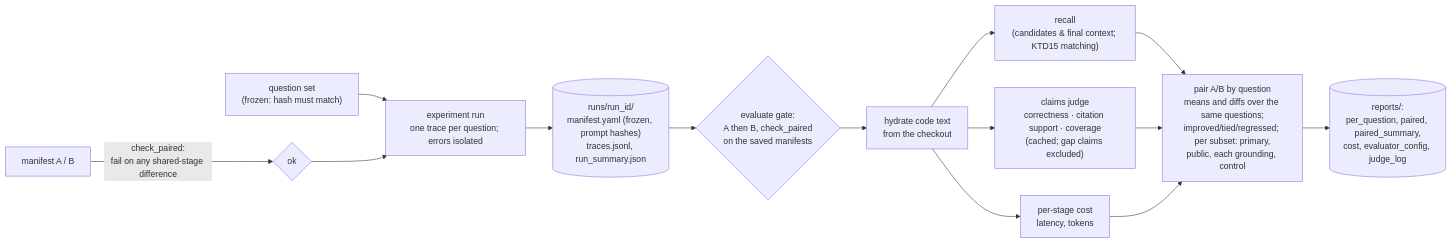
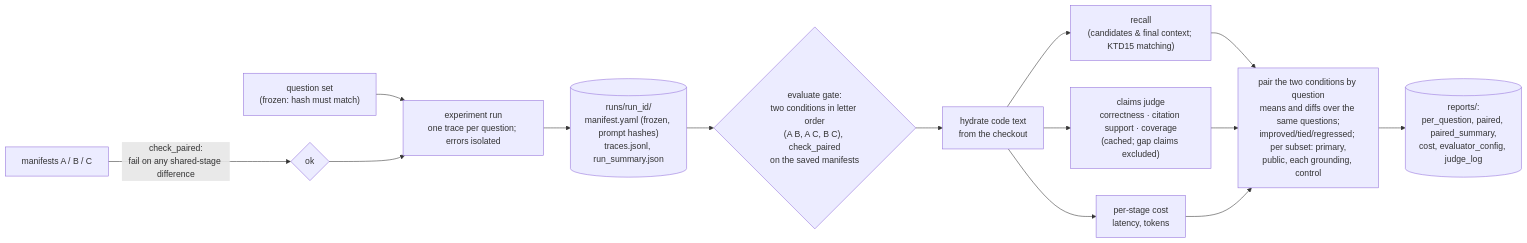
The ninth of 9 diagrams in docs/architecture.md (andresdp/design-wiki-bridge), drawn with Mermaid before and after one commit. The commit also changed other lines of this file and 25 other files, not shown here.

First line of the commit message:
feat: condition C (vector + wiki) and pairwise evaluation of any two conditions

````diff
--- a/docs/architecture.md
+++ b/docs/architecture.md
@@ -320,14 +320,14 @@
 ```mermaid
 flowchart LR
-    M["manifest A / B"] -->|"check_paired:<br/>fail on any shared-stage difference"| OK{ok}
+    M["manifests A / B / C"] -->|"check_paired:<br/>fail on any shared-stage difference"| OK{ok}
     QS["question set<br/>(frozen: hash must match)"] --> RUN
     OK --> RUN["experiment run<br/>one trace per question; errors isolated"]
     RUN --> TR[("runs/run_id/<br/>manifest.yaml (frozen, prompt hashes)<br/>traces.jsonl, run_summary.json")]
-    TR --> GATE{"evaluate gate:<br/>A then B, check_paired<br/>on the saved manifests"}
+    TR --> GATE{"evaluate gate:<br/>two conditions in letter order<br/>(A B, A C, B C), check_paired<br/>on the saved manifests"}
     GATE --> HY["hydrate code text<br/>from the checkout"]
     HY --> REC["recall<br/>(candidates & final context; KTD15 matching)"]
     HY --> JUD["claims judge<br/>correctness · citation support · coverage<br/>(cached; gap claims excluded)"]
     HY --> COST["per-stage cost<br/>latency, tokens"]
-    REC & JUD & COST --> PAIR["pair A/B by question<br/>means and diffs over the same questions;<br/>improved/tied/regressed; per subset: primary,<br/>public, each grounding, control"]
+    REC & JUD & COST --> PAIR["pair the two conditions by question<br/>means and diffs over the same questions;<br/>improved/tied/regressed; per subset: primary,<br/>public, each grounding, control"]
     PAIR --> REP[("reports/:<br/>per_question, paired, paired_summary,<br/>cost, evaluator_config, judge_log")]
 ```
````
